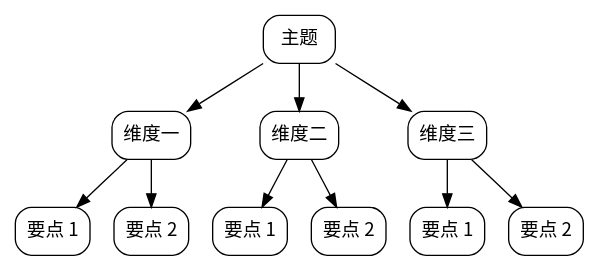
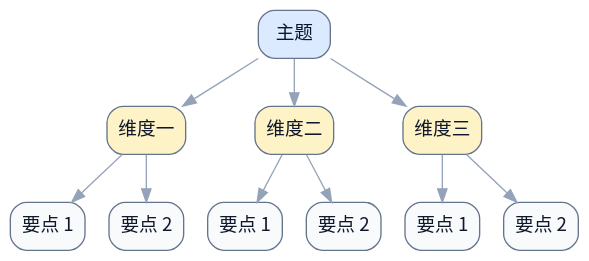
One commit to terencefan/inority-workspace changed the fifth of 5 diagrams in skills/draw-dot/references/patterns.md. Above: the diagram before and after it, drawn with Graphviz. The commit also changed other lines of this file and 28 other files, not shown here.

````diff
--- a/skills/draw-dot/references/patterns.md
+++ b/skills/draw-dot/references/patterns.md
@@ -116,29 +126,29 @@
 ```dot
 digraph G {
-  graph [fontname="Noto Sans CJK SC", rankdir=TB];
-  node [fontname="Noto Sans CJK SC", shape=box, style="rounded"];
-  edge [fontname="Noto Sans CJK SC"];
+  graph [fontname="Noto Sans CJK SC", rankdir=TB, bgcolor="transparent"];
+  node [fontname="Noto Sans CJK SC", shape=box, style="rounded,filled", color="#64748b", fontcolor="#0f172a", fillcolor="#f8fafc"];
+  edge [fontname="Noto Sans CJK SC", color="#94a3b8", fontcolor="#94a3b8"];
 
-  root [label="主题"];
-  area_1 [label="维度一"];
-  area_2 [label="维度二"];
-  area_3 [label="维度三"];
+  root [label="主题", fillcolor="#dbeafe"];
+  area_1 [label="维度一", fillcolor="#fef3c7"];
+  area_2 [label="维度二", fillcolor="#fef3c7"];
+  area_3 [label="维度三", fillcolor="#fef3c7"];
 
-  leaf_11 [label="要点 1"];
-  leaf_12 [label="要点 2"];
-  leaf_21 [label="要点 1"];
-  leaf_22 [label="要点 2"];
-  leaf_31 [label="要点 1"];
-  leaf_32 [label="要点 2"];
+  leaf_11 [label="要点 1", fillcolor="#f8fafc"];
+  leaf_12 [label="要点 2", fillcolor="#f8fafc"];
+  leaf_21 [label="要点 1", fillcolor="#f8fafc"];
+  leaf_22 [label="要点 2", fillcolor="#f8fafc"];
+  leaf_31 [label="要点 1", fillcolor="#f8fafc"];
+  leaf_32 [label="要点 2", fillcolor="#f8fafc"];
 
   root -> area_1;
   root -> area_2;
   root -> area_3;
   area_1 -> leaf_11;
   area_1 -> leaf_12;
   area_2 -> leaf_21;
   area_2 -> leaf_22;
   area_3 -> leaf_31;
   area_3 -> leaf_32;
 }
 ```
````
